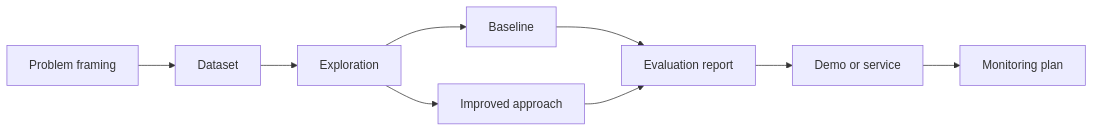
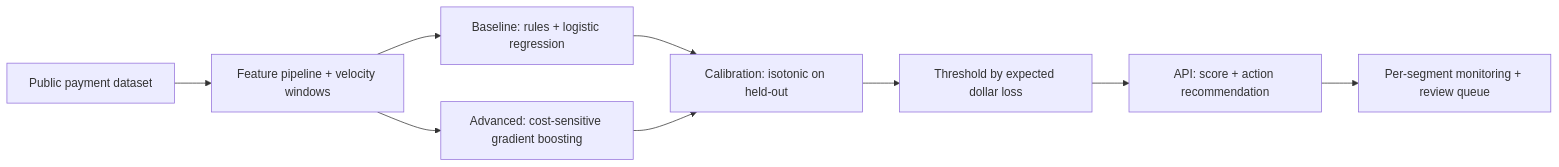
The diagram in capstone-projects/03-fraud-detection-system.md (Icon1cc/Machine-Learning), drawn with Mermaid before and after one commit. The commit also changed other lines of this file and 264 other files, not shown here.

````diff
--- a/capstone-projects/03-fraud-detection-system.md
+++ b/capstone-projects/03-fraud-detection-system.md
@@ -34,11 +52,11 @@
 ```mermaid
 flowchart LR
-    A[Problem framing] --> B[Dataset]
-    B --> C[Exploration]
-    C --> D[Baseline]
-    C --> E[Improved approach]
-    D --> F[Evaluation report]
-    E --> F
-    F --> G[Demo or service]
-    G --> H[Monitoring plan]
+    A[Public payment dataset] --> B[Feature pipeline + velocity windows]
+    B --> C[Baseline: rules + logistic regression]
+    B --> D[Advanced: cost-sensitive gradient boosting]
+    C --> E[Calibration: isotonic on held-out]
+    D --> E
+    E --> F[Threshold by expected dollar loss]
+    F --> G[API: score + action recommendation]
+    G --> H[Per-segment monitoring + review queue]
 ```
````
